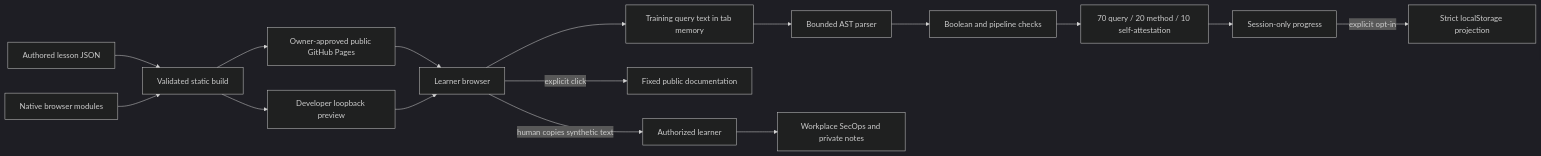
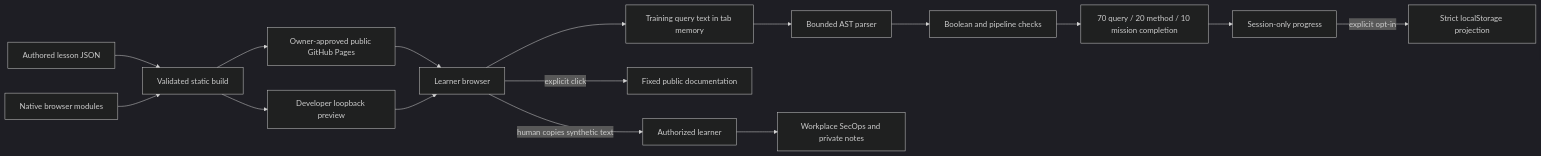
The first of 2 diagrams in docs/ARCHITECTURE.md (mwill20/KC7-SecOps), drawn with Mermaid (dark theme) before and after one commit. The commit also changed other lines of this file and 55 other files, not shown here.

````diff
--- a/docs/ARCHITECTURE.md
+++ b/docs/ARCHITECTURE.md
@@ -7,18 +7,18 @@
 ```mermaid
 flowchart LR
   Content[Authored lesson JSON] --> Build[Validated static build]
   Code[Native browser modules] --> Build
   Build --> Host[Owner-approved public GitHub Pages]
   Build --> Preview[Developer loopback preview]
   Host --> Browser[Learner browser]
   Preview --> Browser
   Browser --> Editor[Training query text in tab memory]
   Editor --> Parse[Bounded AST parser]
   Parse --> Grade[Boolean and pipeline checks]
-  Grade --> Score[70 query / 20 method / 10 self-attestation]
+  Grade --> Score[70 query / 20 method / 10 mission completion]
   Score --> Memory[Session-only progress]
   Memory -->|explicit opt-in| Store[Strict localStorage projection]
   Browser -->|explicit click| Docs[Fixed public documentation]
   Browser -->|human copies synthetic text| Human[Authorized learner]
   Human --> SecOps[Workplace SecOps and private notes]
 ```
````
